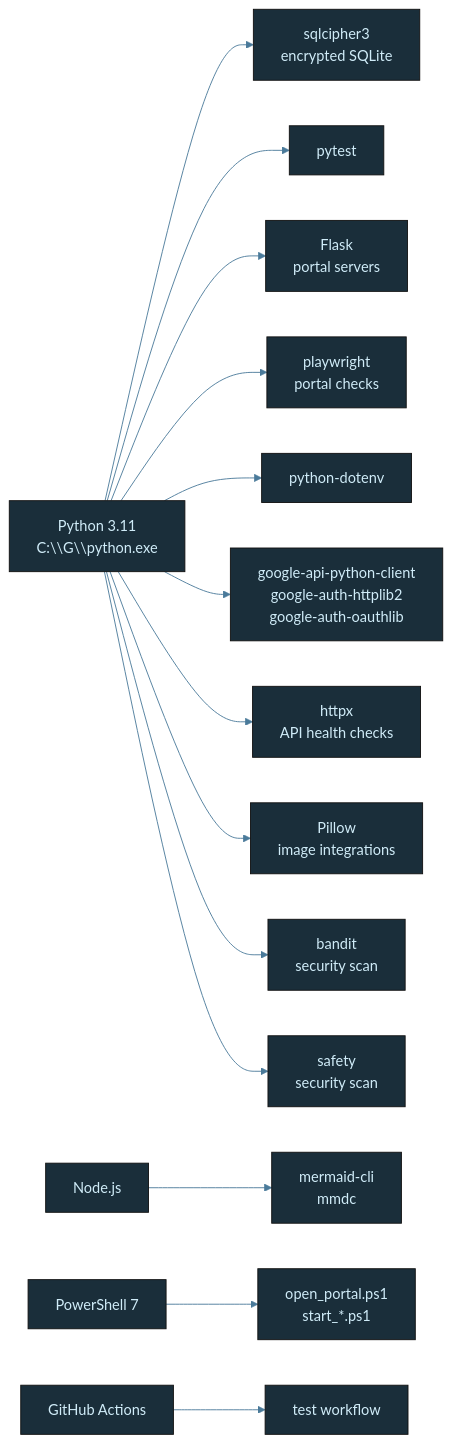
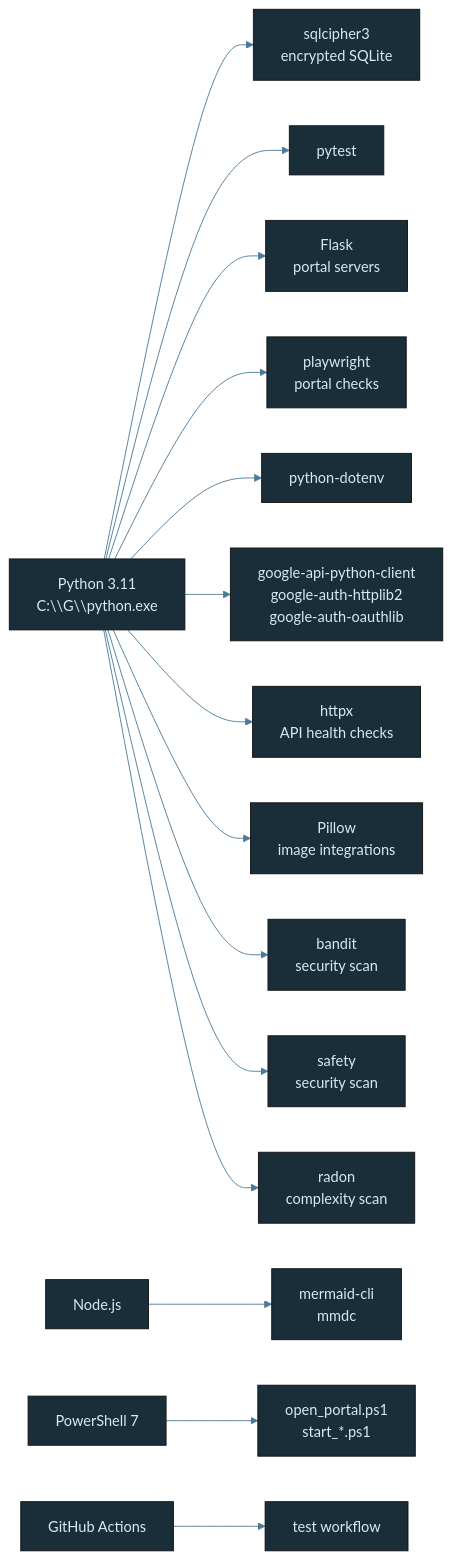
One commit to tylerdrakemusic/-Workspace changed the diagram in diagrams/workspace-tech-stack.mmd. Above: the diagram before and after it, drawn with Mermaid. The commit also changed 3 other files, not shown here.

First line of the commit message:
docs(FR-20260807-tech-debt-scanner): update 4 diagrams for tech_debt schema, radon, scanner module, cross-repo import

```diff
--- a/diagrams/workspace-tech-stack.mmd
+++ b/diagrams/workspace-tech-stack.mmd
@@ -1,27 +1,28 @@
 %%{init: {'theme': 'base', 'themeVariables': {'primaryColor': '#1a2e3a', 'primaryTextColor': '#d0ecf8', 'edgeLabelBackground': '#0f1318', 'lineColor': '#4a7a9a'}}}%%
 graph LR
     Python[Python 3.11<br/>C:\\G\\python.exe] --> SQLCipher[sqlcipher3<br/>encrypted SQLite]
     Python --> Pytest[pytest]
     Python --> Flask[Flask<br/>portal servers]
     Python --> Playwright[playwright<br/>portal checks]
     Python --> Dotenv[python-dotenv]
     Python --> GoogleAPI[google-api-python-client<br/>google-auth-httplib2<br/>google-auth-oauthlib]
     Python --> Httpx[httpx<br/>API health checks]
     Python --> Pillow[Pillow<br/>image integrations]
     Python --> Bandit[bandit<br/>security scan]
     Python --> Safety[safety<br/>security scan]
+    Python --> Radon[radon<br/>complexity scan]
     Node[Node.js] --> Mmdc[mermaid-cli<br/>mmdc]
     PowerShell[PowerShell 7] --> LaunchScripts[open_portal.ps1<br/>start_*.ps1]
     GitHub[GitHub Actions] --> CI_Tests[test workflow]
     class Python,Node,PowerShell lang
-    class SQLCipher,Pytest,Flask,Playwright,Dotenv,Mmdc,LaunchScripts,GitHub,CI_Tests,GoogleAPI,Httpx,Pillow,Bandit,Safety tool
+    class SQLCipher,Pytest,Flask,Playwright,Dotenv,Mmdc,LaunchScripts,GitHub,CI_Tests,GoogleAPI,Httpx,Pillow,Bandit,Safety,Radon tool
 
 classDef life     fill:#1a2e3a,stroke:#6ab4d4,color:#d0ecf8
 classDef music    fill:#3a1a24,stroke:#d47a8f,color:#f8d0dc
 classDef quantum  fill:#251a3a,stroke:#a07adf,color:#e8d0f8
 classDef manifest fill:#3a2e1a,stroke:#d4a96a,color:#f8ead0
 classDef ws       fill:#1a3a30,stroke:#6ad4b4,color:#d0f8ee
 classDef tyler    fill:#2a1a3a,stroke:#9e4aff,color:#fff
 classDef ext      fill:#3a2020,stroke:#ff7a7a,color:#ffd0d0
 classDef db       fill:#3a3010,stroke:#d4c050,color:#f8f0c0
 classDef state    fill:#1a1a1a,stroke:#888888,color:#cccccc
```
